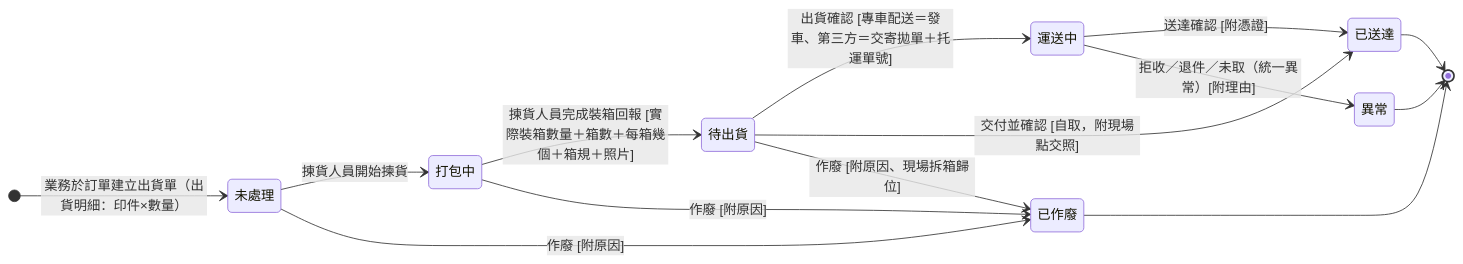
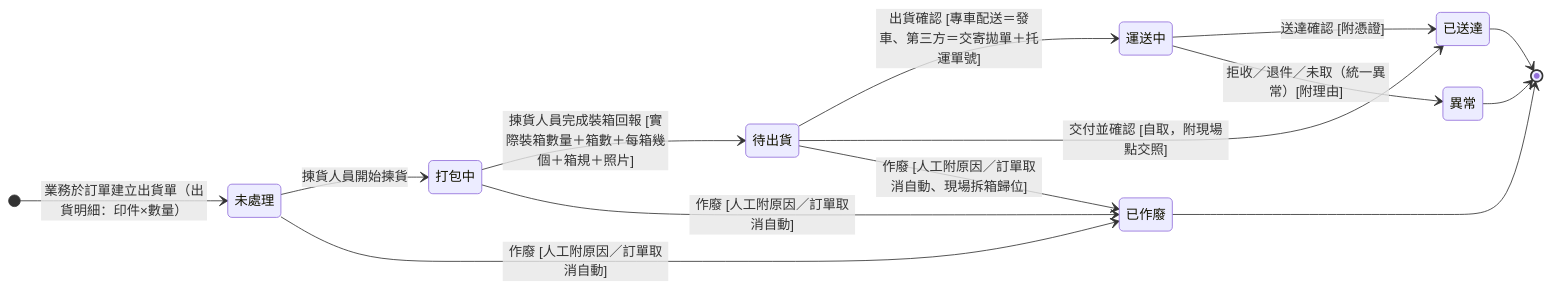
Before and after one commit to Kawato-Miles/erp-spec: the diagram in memory/Sens_wiki/wiki/erp/06-state-machines/出貨單狀態.md, drawn with Mermaid. The commit also changed other lines of this file and 27 other files, not shown here.

````diff
--- a/memory/Sens_wiki/wiki/erp/06-state-machines/出貨單狀態.md
+++ b/memory/Sens_wiki/wiki/erp/06-state-machines/出貨單狀態.md
@@ -41,28 +41,28 @@
 ```mermaid
 stateDiagram-v2
     direction LR
 
     [*] --> s_pending : 業務於訂單建立出貨單（出貨明細：印件×數量）
 
     state "未處理" as s_pending
     state "打包中" as s_packing
     state "待出貨" as s_packed
     state "運送中" as s_shipping
     state "已送達" as s_arrived
     state "異常" as s_failed
     state "已作廢" as s_void
 
     s_pending --> s_packing : 揀貨人員開始揀貨
     s_packing --> s_packed : 揀貨人員完成裝箱回報 [實際裝箱數量＋箱數＋每箱幾個＋箱規＋照片]
     s_packed --> s_shipping : 出貨確認 [專車配送＝發車、第三方＝交寄拋單＋托運單號]
     s_packed --> s_arrived : 交付並確認 [自取，附現場點交照]
     s_shipping --> s_arrived : 送達確認 [附憑證]
     s_shipping --> s_failed : 拒收／退件／未取（統一異常）[附理由]
-    s_pending --> s_void : 作廢 [附原因]
-    s_packing --> s_void : 作廢 [附原因]
-    s_packed --> s_void : 作廢 [附原因、現場拆箱歸位]
+    s_pending --> s_void : 作廢 [人工附原因／訂單取消自動]
+    s_packing --> s_void : 作廢 [人工附原因／訂單取消自動]
+    s_packed --> s_void : 作廢 [人工附原因／訂單取消自動、現場拆箱歸位]
 
     s_arrived --> [*]
     s_failed --> [*]
     s_void --> [*]
 ```
````
